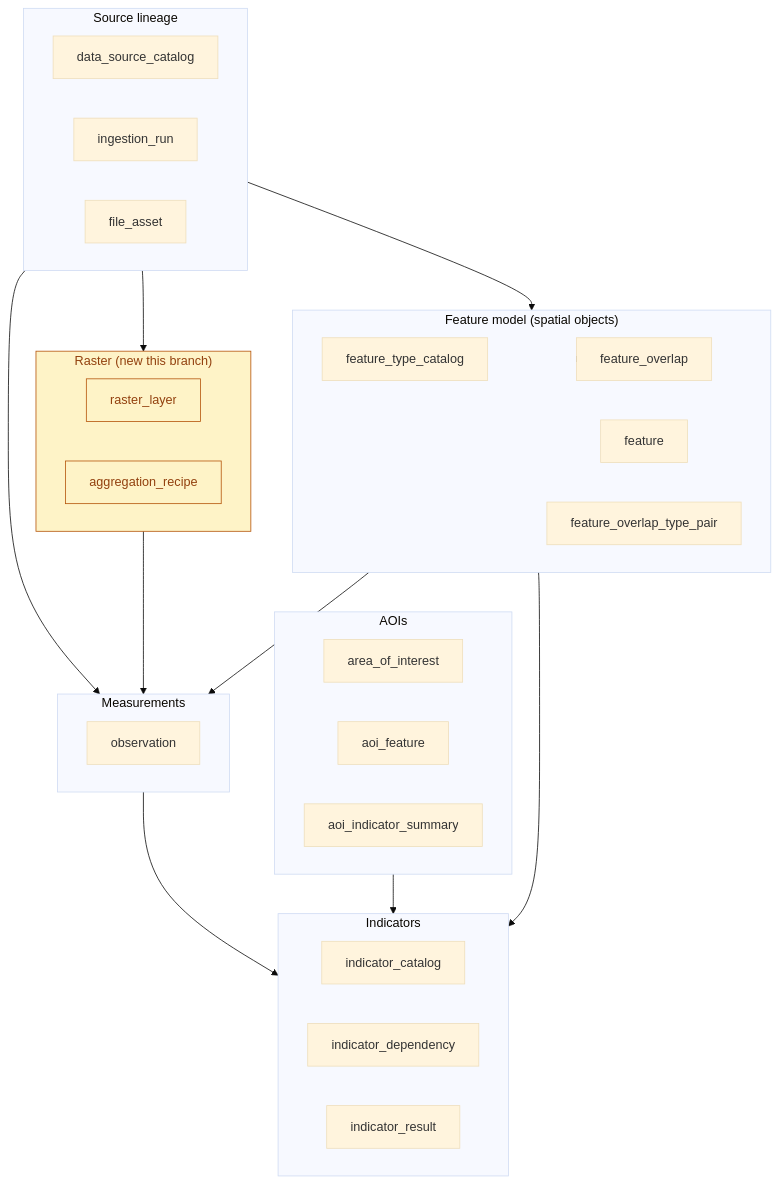
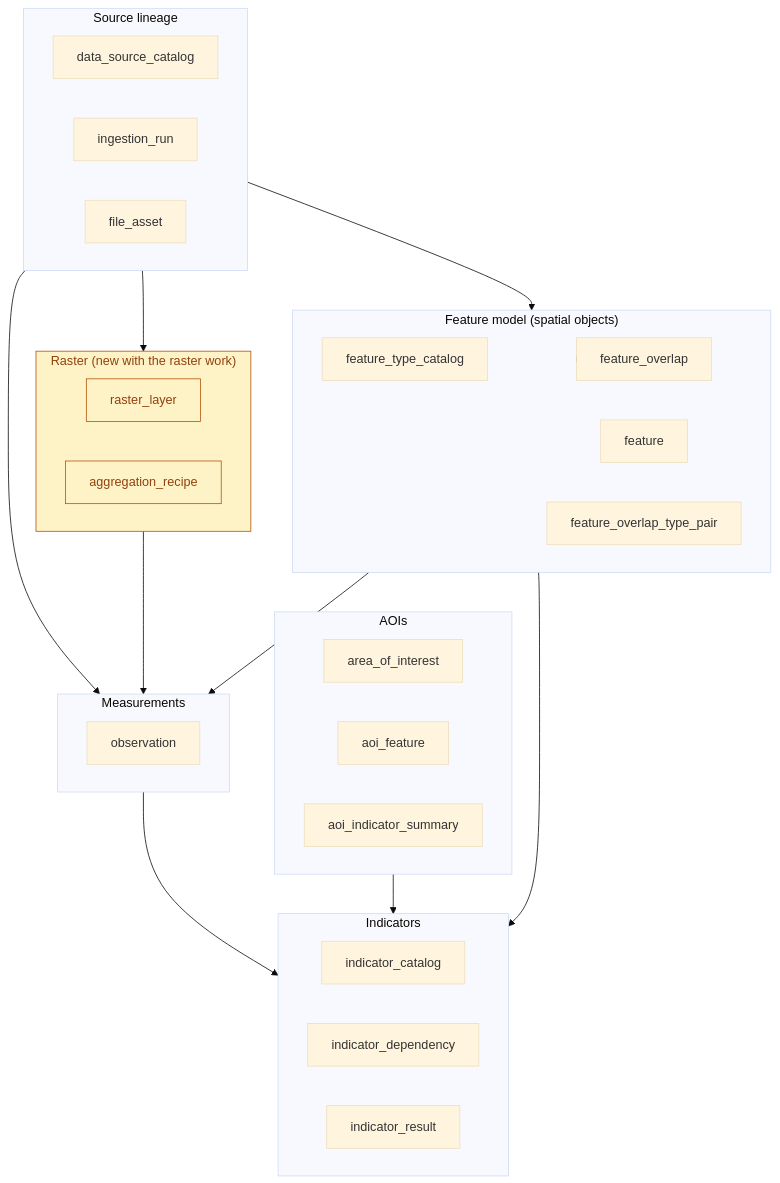
Before and after one commit to rschifan/reimagina-evo: the third of 3 diagrams in docs/SYSTEM_OVERVIEW.md, drawn with Mermaid (base theme). The commit also changed other lines of this file and 93 other files, not shown here.

````diff
--- a/docs/SYSTEM_OVERVIEW.md
+++ b/docs/SYSTEM_OVERVIEW.md
@@ -535,54 +532,54 @@
 ```mermaid
 flowchart TB
     subgraph lineage["Source lineage"]
         direction LR
         src[data_source_catalog]
         run[ingestion_run]
         asset[file_asset]
     end
 
     subgraph feat["Feature model (spatial objects)"]
         direction LR
         ftc[feature_type_catalog]
         f[feature]
         pair[feature_overlap_type_pair]
         ov[feature_overlap]
     end
 
     subgraph meas["Measurements"]
         obs[observation]
     end
 
-    subgraph rast["Raster (new this branch)"]
+    subgraph rast["Raster (new with the raster work)"]
         direction LR
         rl[raster_layer]
         rr[aggregation_recipe]
     end
 
     subgraph ind["Indicators"]
         direction LR
         ic[indicator_catalog]
         idep[indicator_dependency]
         ires[indicator_result]
     end
 
     subgraph aoi["AOIs"]
         direction LR
         aoit[area_of_interest]
         aoif[aoi_feature]
         aois[aoi_indicator_summary]
     end
 
     lineage --> feat
     lineage --> meas
     lineage --> rast
     feat --> meas
     feat --> ov
     rast --> meas
     meas --> ind
     feat --> ind
     aoi --> ind
 
     classDef new fill:#fef3c7,stroke:#b45309,color:#92400e;
     class rl,rr,rast new;
 ```
````
